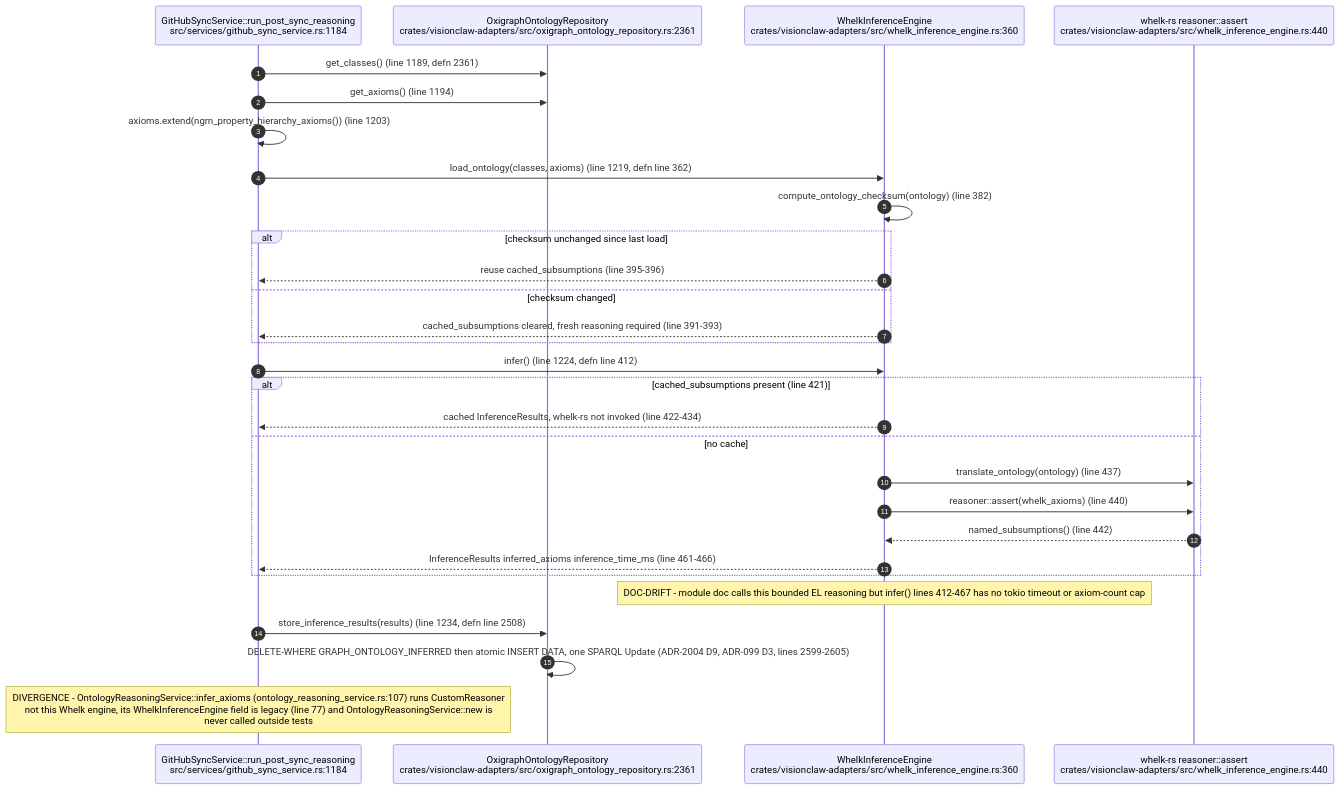
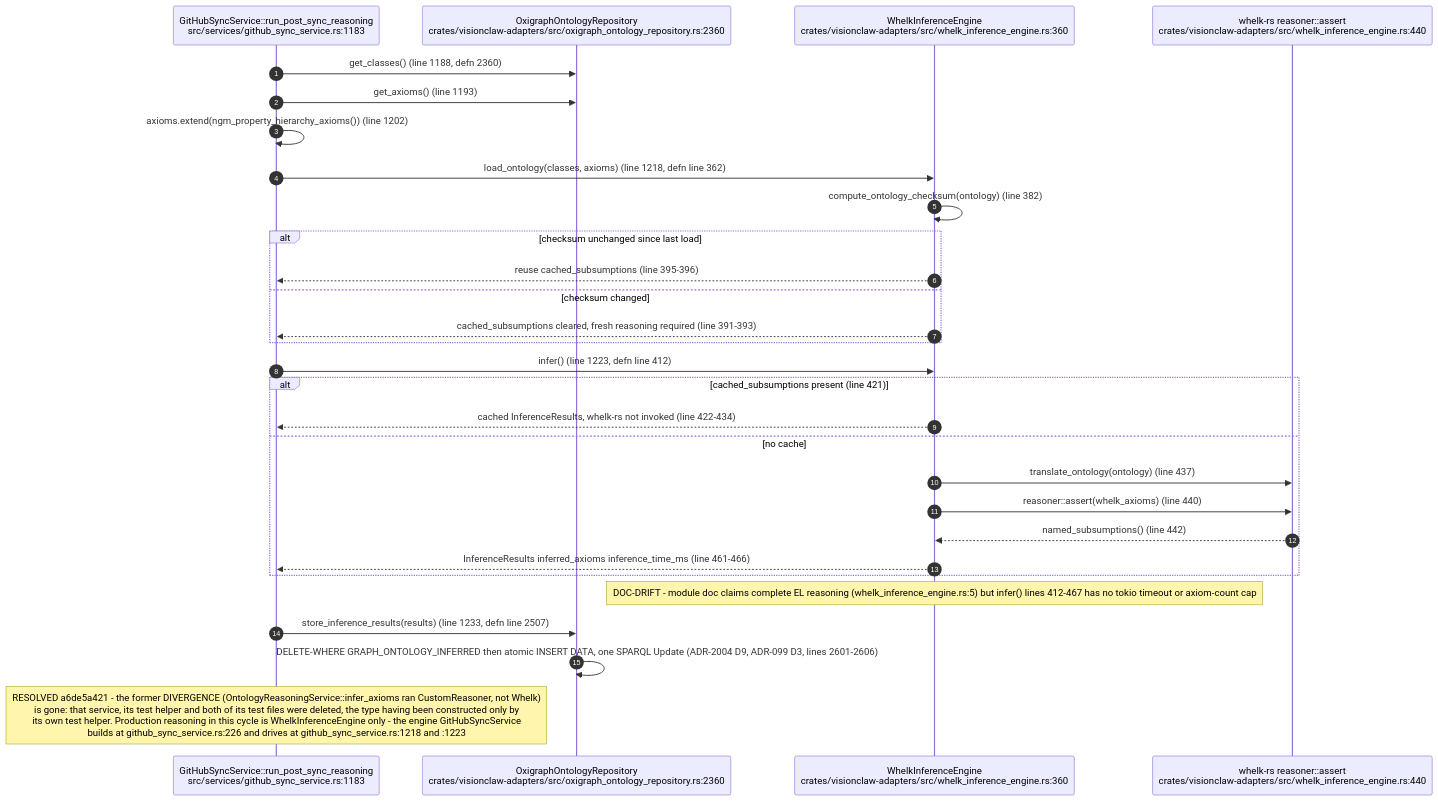
The fourth of 9 diagrams in docs/diagrams/visionclaw/20-ontology-pipeline-oxigraph-whelk.md (DreamLab-AI/VisionFlow), drawn with Mermaid before and after one commit. The commit also changed other lines of this file and 20 other files, not shown here.

Commit message:
docs(diagrams): reflect the S-3, S-7c/d/f and S-4(3) fixes in the corpus

````diff
--- a/docs/diagrams/visionclaw/20-ontology-pipeline-oxigraph-whelk.md
+++ b/docs/diagrams/visionclaw/20-ontology-pipeline-oxigraph-whelk.md
@@ -127,32 +127,32 @@
 ```mermaid
 sequenceDiagram
     autonumber
-    participant Sync as GitHubSyncService::run_post_sync_reasoning<br/>src/services/github_sync_service.rs:1184
-    participant Repo as OxigraphOntologyRepository<br/>crates/visionclaw-adapters/src/oxigraph_ontology_repository.rs:2361
+    participant Sync as GitHubSyncService::run_post_sync_reasoning<br/>src/services/github_sync_service.rs:1183
+    participant Repo as OxigraphOntologyRepository<br/>crates/visionclaw-adapters/src/oxigraph_ontology_repository.rs:2360
     participant Engine as WhelkInferenceEngine<br/>crates/visionclaw-adapters/src/whelk_inference_engine.rs:360
     participant Whelk as whelk-rs reasoner::assert<br/>crates/visionclaw-adapters/src/whelk_inference_engine.rs:440
 
-    Sync->>Repo: get_classes() (line 1189, defn 2361)
-    Sync->>Repo: get_axioms() (line 1194)
-    Sync->>Sync: axioms.extend(ngm_property_hierarchy_axioms()) (line 1203)
-    Sync->>Engine: load_ontology(classes, axioms) (line 1219, defn line 362)
+    Sync->>Repo: get_classes() (line 1188, defn 2360)
+    Sync->>Repo: get_axioms() (line 1193)
+    Sync->>Sync: axioms.extend(ngm_property_hierarchy_axioms()) (line 1202)
+    Sync->>Engine: load_ontology(classes, axioms) (line 1218, defn line 362)
     Engine->>Engine: compute_ontology_checksum(ontology) (line 382)
     alt checksum unchanged since last load
         Engine-->>Sync: reuse cached_subsumptions (line 395-396)
     else checksum changed
         Engine-->>Sync: cached_subsumptions cleared, fresh reasoning required (line 391-393)
     end
-    Sync->>Engine: infer() (line 1224, defn line 412)
+    Sync->>Engine: infer() (line 1223, defn line 412)
     alt cached_subsumptions present (line 421)
         Engine-->>Sync: cached InferenceResults, whelk-rs not invoked (line 422-434)
     else no cache
         Engine->>Whelk: translate_ontology(ontology) (line 437)
         Engine->>Whelk: reasoner::assert(whelk_axioms) (line 440)
         Whelk-->>Engine: named_subsumptions() (line 442)
         Engine-->>Sync: InferenceResults inferred_axioms inference_time_ms (line 461-466)
     end
-    Note over Engine: DOC-DRIFT - module doc calls this bounded EL reasoning but infer() lines 412-467 has no tokio timeout or axiom-count cap
-    Sync->>Repo: store_inference_results(results) (line 1234, defn line 2508)
-    Repo->>Repo: DELETE-WHERE GRAPH_ONTOLOGY_INFERRED then atomic INSERT DATA, one SPARQL Update (ADR-2004 D9, ADR-099 D3, lines 2599-2605)
-    Note over Sync: DIVERGENCE - OntologyReasoningService::infer_axioms (ontology_reasoning_service.rs:107) runs CustomReasoner<br/>not this Whelk engine, its WhelkInferenceEngine field is legacy (line 77) and OntologyReasoningService::new is<br/>never called outside tests
+    Note over Engine: DOC-DRIFT - module doc claims complete EL reasoning (whelk_inference_engine.rs:5) but infer() lines 412-467 has no tokio timeout or axiom-count cap
+    Sync->>Repo: store_inference_results(results) (line 1233, defn line 2507)
+    Repo->>Repo: DELETE-WHERE GRAPH_ONTOLOGY_INFERRED then atomic INSERT DATA, one SPARQL Update (ADR-2004 D9, ADR-099 D3, lines 2601-2606)
+    Note over Sync: RESOLVED a6de5a421 - the former DIVERGENCE (OntologyReasoningService::infer_axioms ran CustomReasoner, not Whelk)<br/>is gone: that service, its test helper and both of its test files were deleted, the type having been constructed only by<br/>its own test helper. Production reasoning in this cycle is WhelkInferenceEngine only - the engine GitHubSyncService<br/>builds at github_sync_service.rs:226 and drives at github_sync_service.rs:1218 and :1223
 ```
````
